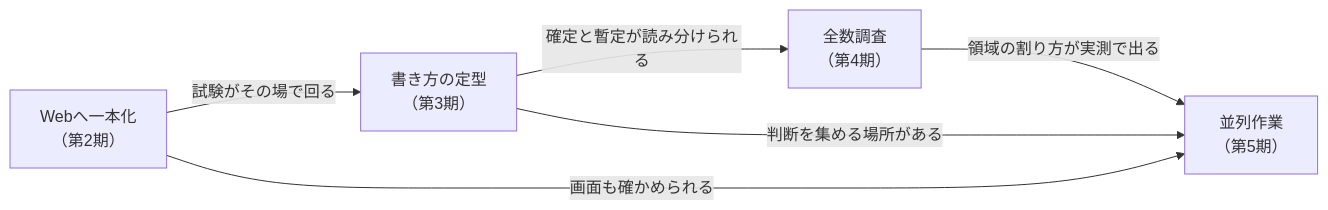
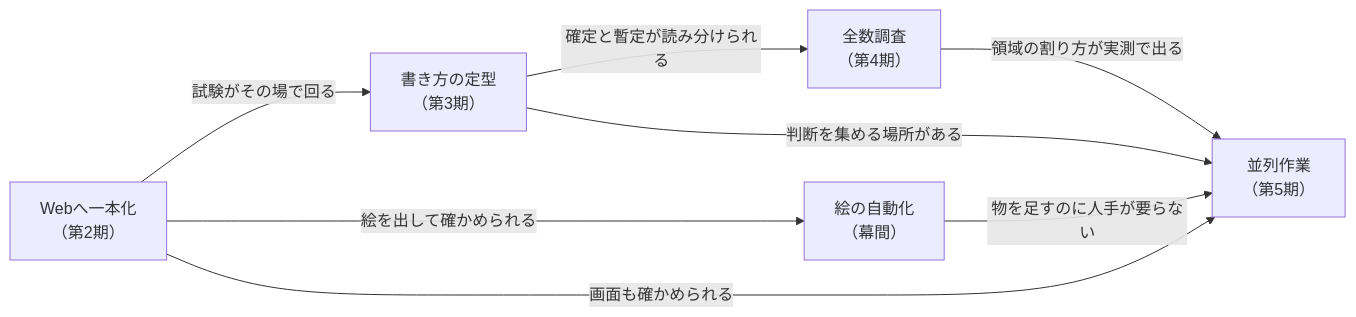
Before and after one commit to gooyyu1/UnmappedIsland: the second of 2 diagrams in docs/HowWeGotHere.md, drawn with Mermaid. The commit also changed other lines of this file, not shown here.

````diff
--- a/docs/HowWeGotHere.md
+++ b/docs/HowWeGotHere.md
@@ -116,8 +153,10 @@
 ```mermaid
 flowchart LR
     A["Webへ一本化<br/>（第2期）"] -->|"試験がその場で回る"| B["書き方の定型<br/>（第3期）"]
+    A -->|"絵を出して確かめられる"| E["絵の自動化<br/>（幕間）"]
     B -->|"確定と暫定が読み分けられる"| C["全数調査<br/>（第4期）"]
     C -->|"領域の割り方が実測で出る"| D["並列作業<br/>（第5期）"]
     A -->|"画面も確かめられる"| D
     B -->|"判断を集める場所がある"| D
+    E -->|"物を足すのに人手が要らない"| D
 ```
````
